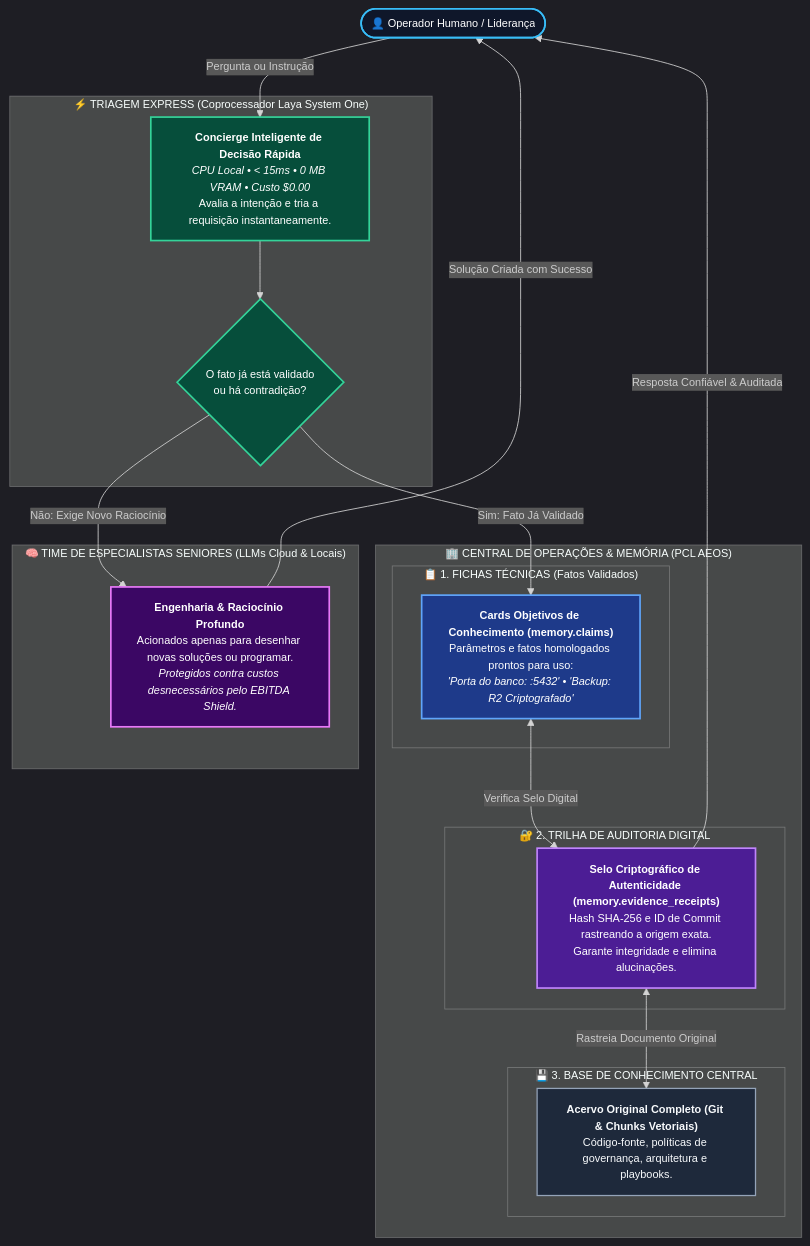
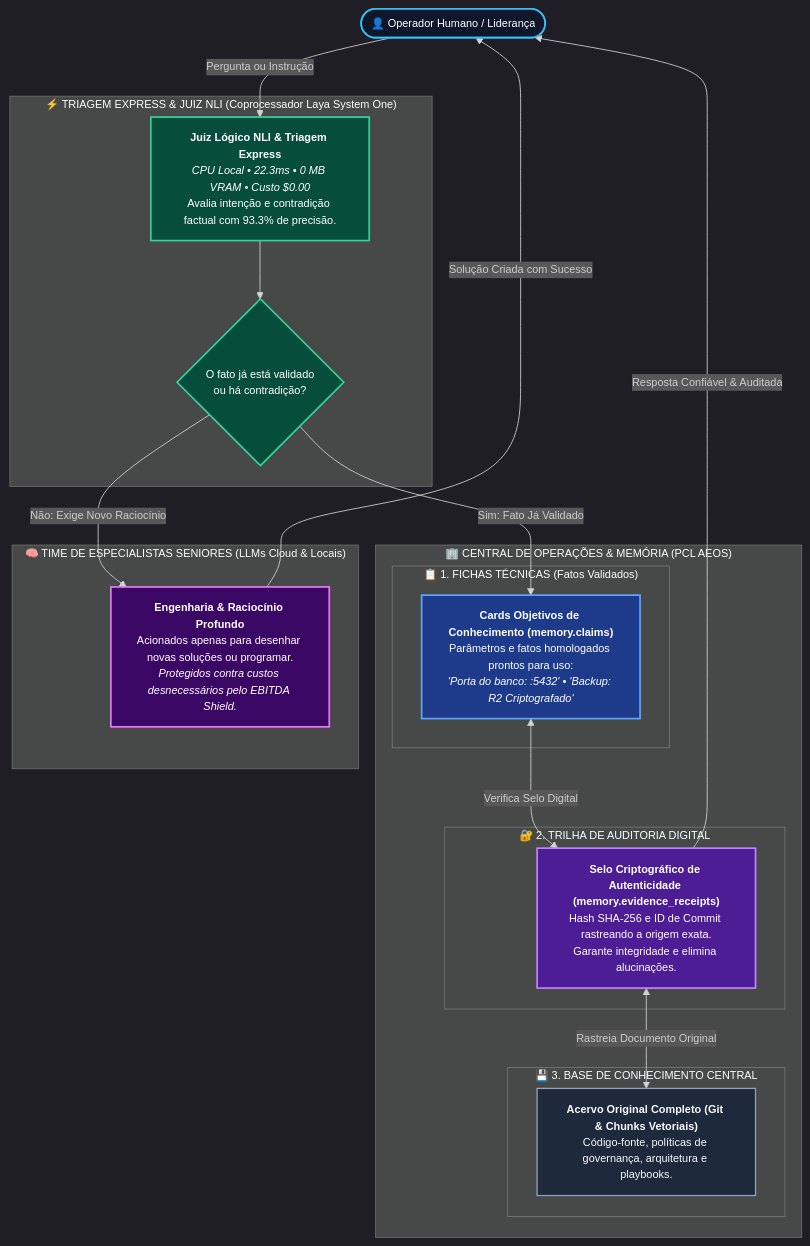
One commit to EnterDufter/PromptCoreLabs_AEOS changed the diagram in docs/architecture-v2-executive-guide.md. Above: the diagram before and after it, drawn with Mermaid. The commit also changed other lines of this file and 5 other files, not shown here.

````diff
--- a/docs/architecture-v2-executive-guide.md
+++ b/docs/architecture-v2-executive-guide.md
@@ -20,53 +20,53 @@
 ```mermaid
 %%{init: {'theme': 'dark', 'themeVariables': { 'fontSize': '13px', 'fontFamily': 'Inter, sans-serif' }}}%%
 flowchart TD
     Cliente(["👤 Operador Humano / Liderança"])
 
-    subgraph Portaria["⚡ TRIAGEM EXPRESS (Coprocessador Laya System One)"]
-        Laya["<b>Concierge Inteligente de Decisão Rápida</b><br/><i>CPU Local • &lt; 15ms • 0 MB VRAM • Custo $0.00</i><br/>Avalia a intenção e tria a requisição instantaneamente."]
+    subgraph Portaria["⚡ TRIAGEM EXPRESS & JUIZ NLI (Coprocessador Laya System One)"]
+        Laya["<b>Juiz Lógico NLI & Triagem Express</b><br/><i>CPU Local • 22.3ms • 0 MB VRAM • Custo $0.00</i><br/>Avalia intenção e contradição factual com 93.3% de precisão."]
         Filtro{"O fato já está validado<br/>ou há contradição?"}
         Laya --> Filtro
     end
 
     subgraph Hub["🏢 CENTRAL DE OPERAÇÕES & MEMÓRIA (PCL AEOS)"]
         subgraph Fichario["📋 1. FICHAS TÉCNICAS (Fatos Validados)"]
             Claims["<b>Cards Objetivos de Conhecimento (memory.claims)</b><br/>Parâmetros e fatos homologados prontos para uso:<br/><i>'Porta do banco: :5432' • 'Backup: R2 Criptografado'</i>"]
         end
 
         subgraph Cartorio["🔐 2. TRILHA DE AUDITORIA DIGITAL"]
             Recibos["<b>Selo Criptográfico de Autenticidade (memory.evidence_receipts)</b><br/>Hash SHA-256 e ID de Commit rastreando a origem exata.<br/>Garante integridade e elimina alucinações."]
         end
 
         subgraph Biblioteca["💾 3. BASE DE CONHECIMENTO CENTRAL"]
             Docs["<b>Acervo Original Completo (Git & Chunks Vetoriais)</b><br/>Código-fonte, políticas de governança, arquitetura e playbooks."]
         end
     end
 
     subgraph Especialistas["🧠 TIME DE ESPECIALISTAS SENIORES (LLMs Cloud & Locais)"]
         LLM["<b>Engenharia & Raciocínio Profundo</b><br/>Acionados apenas para desenhar novas soluções ou programar.<br/><i>Protegidos contra custos desnecessários pelo EBITDA Shield.</i>"]
     end
 
     %% Fluxos
     Cliente -->|"Pergunta ou Instrução"| Laya
     Filtro -->|"Sim: Fato Já Validado"| Claims
     Claims <-->|"Verifica Selo Digital"| Recibos
     Recibos <-->|"Rastreia Documento Original"| Docs
     Recibos -->|"Resposta Confiável & Auditada"| Cliente
 
     Filtro -->|"Não: Exige Novo Raciocínio"| LLM
     LLM -->|"Solução Criada com Sucesso"| Cliente
 
     classDef cliente fill:#0f172a,stroke:#38bdf8,stroke-width:2px,color:#fff;
     classDef portaria fill:#064e3b,stroke:#34d399,stroke-width:2px,color:#fff;
     classDef fichario fill:#1e3a8a,stroke:#60a5fa,stroke-width:2px,color:#fff;
     classDef cartorio fill:#4c1d95,stroke:#c084fc,stroke-width:2px,color:#fff;
     classDef biblio fill:#1e293b,stroke:#94a3b8,stroke-width:1.5px,color:#f8fafc;
     classDef espec fill:#3b0764,stroke:#e879f9,stroke-width:2px,color:#fff;
 
     class Cliente cliente;
     class Laya,Filtro portaria;
     class Claims fichario;
     class Recibos cartorio;
     class Docs biblio;
     class LLM espec;
 ```
````
